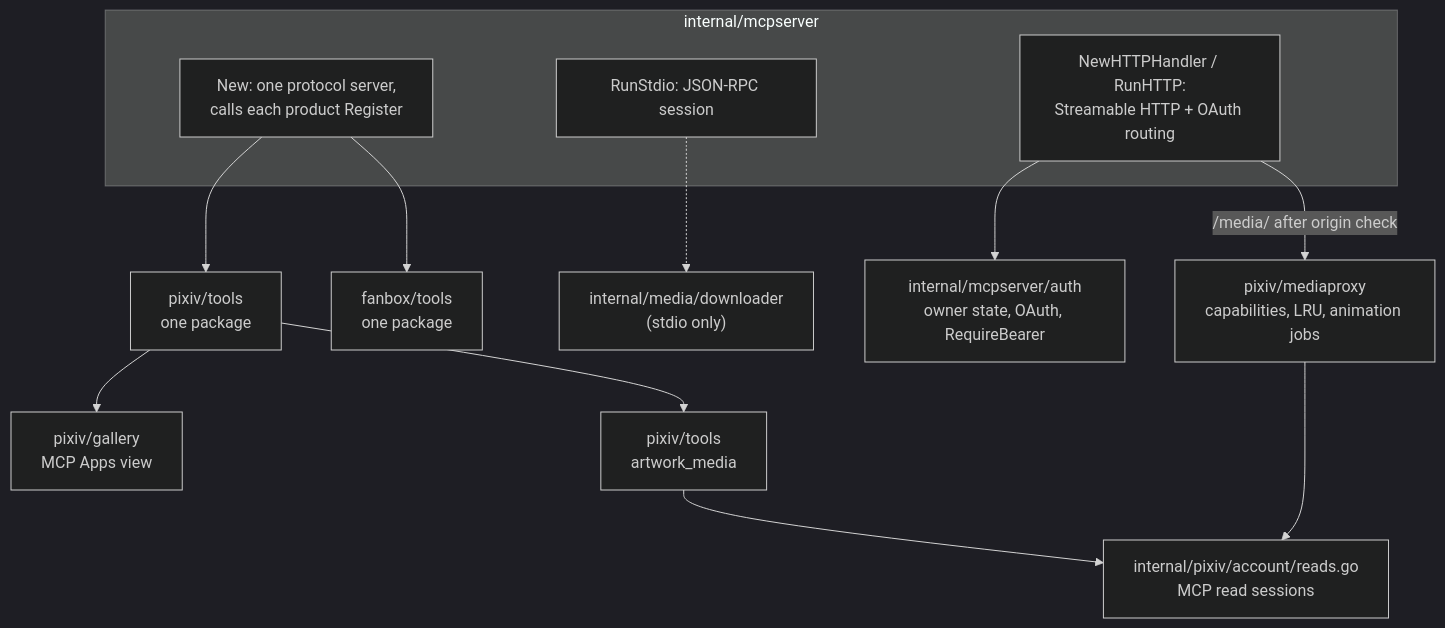
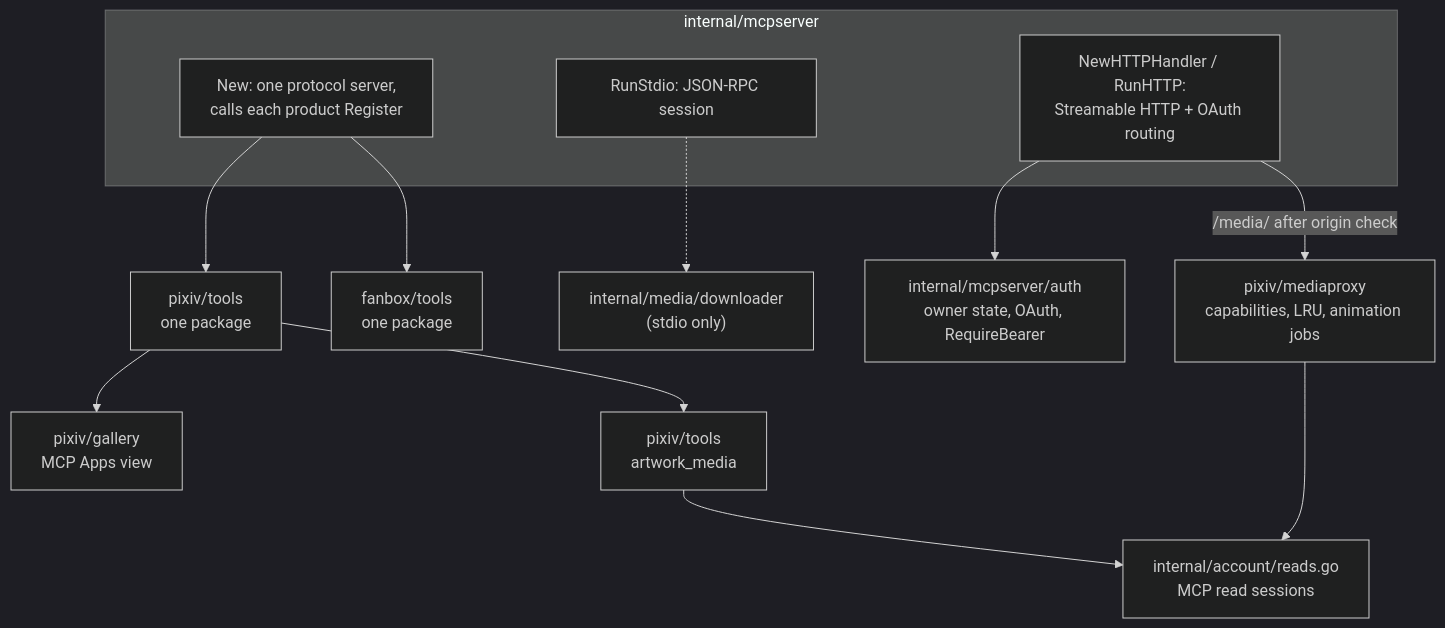
One commit to FlanChanXwO/pixiv-cli changed the first of 2 diagrams in docs/en/maintainers/architecture-mcp.md. Above: the diagram before and after it, drawn with Mermaid (dark theme). The commit also changed other lines of this file and 91 other files, not shown here.

````diff
--- a/docs/en/maintainers/architecture-mcp.md
+++ b/docs/en/maintainers/architecture-mcp.md
@@ -7,22 +7,22 @@
 ```mermaid
 flowchart TB
     subgraph root["internal/mcpserver"]
         NEW["New: one protocol server,<br/>calls each product Register"]
         STDIO["RunStdio: JSON-RPC session"]
         HTTP["NewHTTPHandler / RunHTTP:<br/>Streamable HTTP + OAuth routing"]
     end
     AUTH["internal/mcpserver/auth<br/>owner state, OAuth, RequireBearer"]
     PX["pixiv/tools<br/>one package"]
     FB["fanbox/tools<br/>one package"]
     GAL["pixiv/gallery<br/>MCP Apps view"]
     MP["pixiv/mediaproxy<br/>capabilities, LRU, animation jobs"]
     AM["pixiv/tools<br/>artwork_media"]
-    RS["internal/pixiv/account/reads.go<br/>MCP read sessions"]
+    RS["internal/account/reads.go<br/>MCP read sessions"]
     DL["internal/media/downloader<br/>(stdio only)"]
     NEW --> PX & FB
     HTTP --> AUTH
     HTTP -->|"/media/ after origin check"| MP
     PX --> GAL & AM
     AM & MP --> RS
     STDIO -.-> DL
 ```
````
